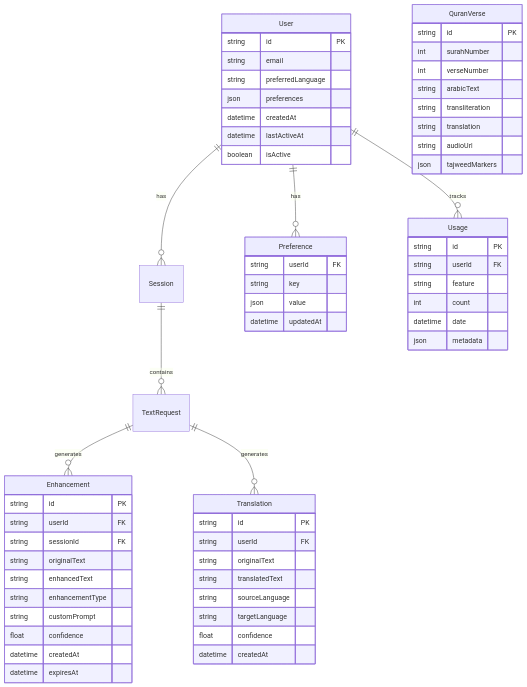
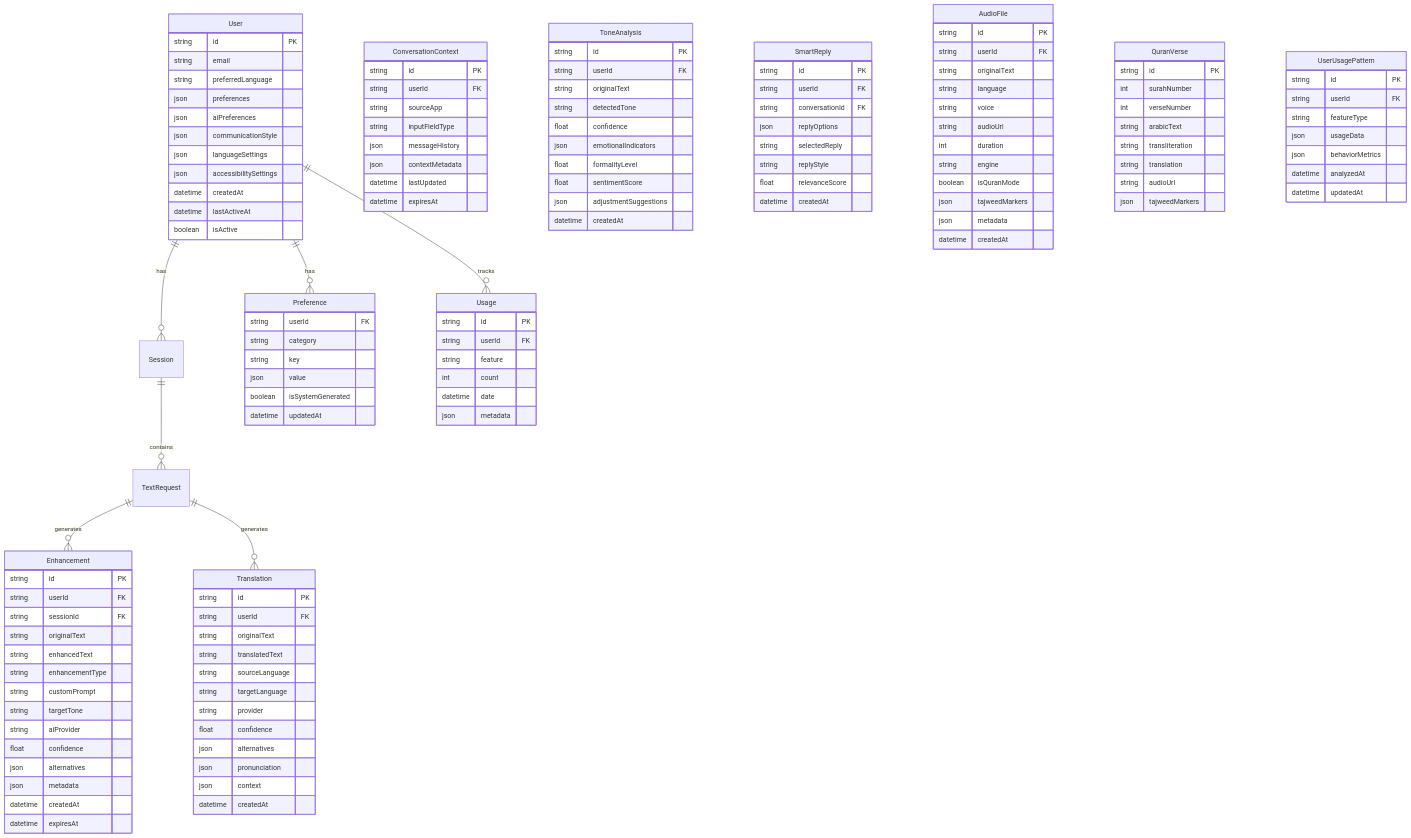
Before and after one commit to Alpharages/OneTap-AI: the fourth of 13 diagrams in docs/System_Architecture.md, drawn with Mermaid. The commit also changed other lines of this file and 4 other files, not shown here.

```diff
--- a/docs/System_Architecture.md
+++ b/docs/System_Architecture.md
@@ -698,7 +1692,11 @@
         string enhancedText
         string enhancementType
         string customPrompt
+        string targetTone
+        string aiProvider
         float confidence
+        json alternatives
+        json metadata
         datetime createdAt
         datetime expiresAt
     }
@@ -710,7 +1708,61 @@
         string translatedText
         string sourceLanguage
         string targetLanguage
+        string provider
         float confidence
+        json alternatives
+        json pronunciation
+        json context
+        datetime createdAt
+    }
+    
+    ConversationContext {
+        string id PK
+        string userId FK
+        string sourceApp
+        string inputFieldType
+        json messageHistory
+        json contextMetadata
+        datetime lastUpdated
+        datetime expiresAt
+    }
+    
+    ToneAnalysis {
+        string id PK
+        string userId FK
+        string originalText
+        string detectedTone
+        float confidence
+        json emotionalIndicators
+        float formalityLevel
+        float sentimentScore
+        json adjustmentSuggestions
+        datetime createdAt
+    }
+    
+    SmartReply {
+        string id PK
+        string userId FK
+        string conversationId FK
+        json replyOptions
+        string selectedReply
+        string replyStyle
+        float relevanceScore
+        datetime createdAt
+    }
+    
+    AudioFile {
+        string id PK
+        string userId FK
+        string originalText
+        string language
+        string voice
+        string audioUrl
+        int duration
+        string engine
+        boolean isQuranMode
+        json tajweedMarkers
+        json metadata
         datetime createdAt
     }
     
@@ -730,6 +1782,10 @@
         string email
         string preferredLanguage
         json preferences
+        json aiPreferences
+        json communicationStyle
+        json languageSettings
+        json accessibilitySettings
         datetime createdAt
         datetime lastActiveAt
         boolean isActive
@@ -737,8 +1793,20 @@
     
     Preference {
         string userId FK
+        string category
         string key
         json value
+        boolean isSystemGenerated
+        datetime updatedAt
+    }
+    
+    UserUsagePattern {
+        string id PK
+        string userId FK
+        string featureType
+        json usageData
+        json behaviorMetrics
+        datetime analyzedAt
         datetime updatedAt
     }
     
```
